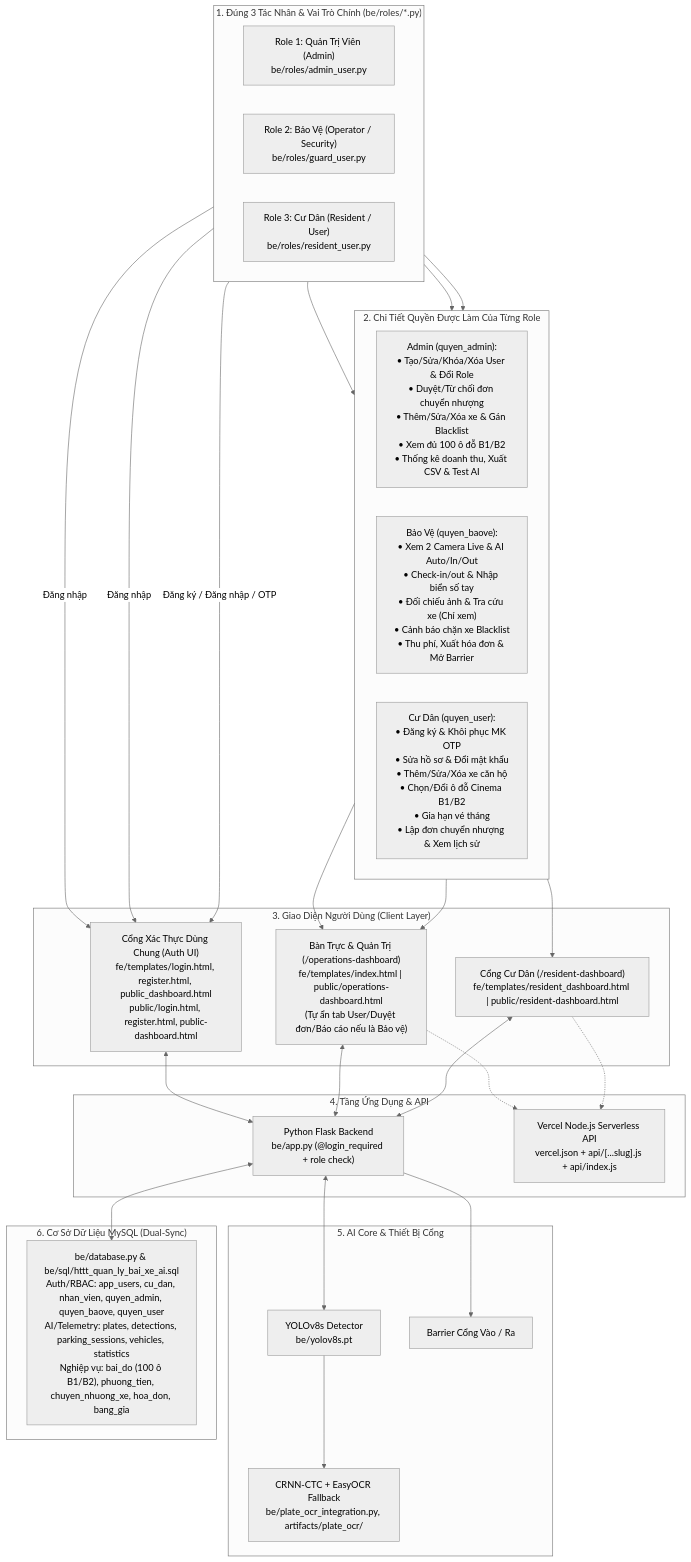
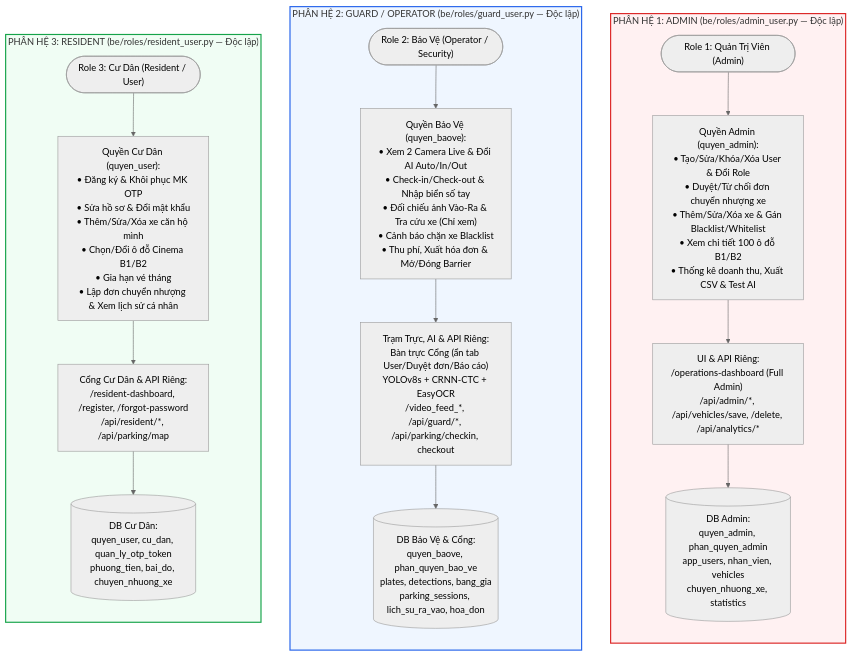
One commit to Truong027/CNPM24 changed the diagram in ongthanquoctruong_24CT2_cnpm/README.md. Above: the diagram before and after it, drawn with Mermaid (neutral theme). The commit also changed other lines of this file and 1 other file, not shown here.

Commit message:
docs: split 3 roles into 3 completely isolated non-overlapping lanes

````diff
--- a/ongthanquoctruong_24CT2_cnpm/README.md
+++ b/ongthanquoctruong_24CT2_cnpm/README.md
@@ -14,55 +14,33 @@
 ```mermaid
 flowchart TB
-    subgraph Users["1. Đúng 3 Tác Nhân & Vai Trò Chính (be/roles/*.py)"]
-        direction LR
-        Admin["Role 1: Quản Trị Viên (Admin)<br/>be/roles/admin_user.py"]
-        Guard["Role 2: Bảo Vệ (Operator / Security)<br/>be/roles/guard_user.py"]
-        Resident["Role 3: Cư Dân (Resident / User)<br/>be/roles/resident_user.py"]
+    subgraph Lane1["PHÂN HỆ 1: ADMIN (be/roles/admin_user.py — Độc lập)"]
+        direction TB
+        A1(["Role 1: Quản Trị Viên (Admin)"])
+        A2["Quyền Admin (quyen_admin):<br/>• Tạo/Sửa/Khóa/Xóa User & Đổi Role<br/>• Duyệt/Từ chối đơn chuyển nhượng xe<br/>• Thêm/Sửa/Xóa xe & Gán Blacklist/Whitelist<br/>• Xem chi tiết 100 ô đỗ B1/B2<br/>• Thống kê doanh thu, Xuất CSV & Test AI"]
+        A3["UI & API Riêng:<br/>/operations-dashboard (Full Admin)<br/>/api/admin/*, /api/vehicles/save, /delete, /api/analytics/*"]
+        A4[("DB Admin:<br/>quyen_admin, phan_quyen_admin<br/>app_users, nhan_vien, vehicles<br/>chuyen_nhuong_xe, statistics")]
+        A1 --> A2 --> A3 --> A4
     end
 
-    subgraph Perms["2. Chi Tiết Quyền Được Làm Của Từng Role"]
-        direction LR
-        P_Adm["Admin (quyen_admin):<br/>• Tạo/Sửa/Khóa/Xóa User & Đổi Role<br/>• Duyệt/Từ chối đơn chuyển nhượng<br/>• Thêm/Sửa/Xóa xe & Gán Blacklist<br/>• Xem đủ 100 ô đỗ B1/B2<br/>• Thống kê doanh thu, Xuất CSV & Test AI"]
-        P_Grd["Bảo Vệ (quyen_baove):<br/>• Xem 2 Camera Live & AI Auto/In/Out<br/>• Check-in/out & Nhập biển số tay<br/>• Đối chiếu ảnh & Tra cứu xe (Chỉ xem)<br/>• Cảnh báo chặn xe Blacklist<br/>• Thu phí, Xuất hóa đơn & Mở Barrier"]
-        P_Res["Cư Dân (quyen_user):<br/>• Đăng ký & Khôi phục MK OTP<br/>• Sửa hồ sơ & Đổi mật khẩu<br/>• Thêm/Sửa/Xóa xe căn hộ<br/>• Chọn/Đổi ô đỗ Cinema B1/B2<br/>• Gia hạn vé tháng<br/>• Lập đơn chuyển nhượng & Xem lịch sử"]
+    subgraph Lane2["PHÂN HỆ 2: GUARD / OPERATOR (be/roles/guard_user.py — Độc lập)"]
+        direction TB
+        G1(["Role 2: Bảo Vệ (Operator / Security)"])
+        G2["Quyền Bảo Vệ (quyen_baove):<br/>• Xem 2 Camera Live & Đổi AI Auto/In/Out<br/>• Check-in/Check-out & Nhập biển số tay<br/>• Đối chiếu ảnh Vào-Ra & Tra cứu xe (Chỉ xem)<br/>• Cảnh báo chặn xe Blacklist<br/>• Thu phí, Xuất hóa đơn & Mở/Đóng Barrier"]
+        G3["Trạm Trực, AI & API Riêng:<br/>Bàn trực Cổng (ẩn tab User/Duyệt đơn/Báo cáo)<br/>YOLOv8s + CRNN-CTC + EasyOCR<br/>/video_feed_*, /api/guard/*, /api/parking/checkin, checkout"]
+        G4[("DB Bảo Vệ & Cổng:<br/>quyen_baove, phan_quyen_bao_ve<br/>plates, detections, bang_gia<br/>parking_sessions, lich_su_ra_vao, hoa_don")]
+        G1 --> G2 --> G3 --> G4
     end
 
-    subgraph Frontend["3. Giao Diện Người Dùng (Client Layer)"]
-        FE_Auth["Cổng Xác Thực Dùng Chung (Auth UI)<br/>fe/templates/login.html, register.html, public_dashboard.html<br/>public/login.html, register.html, public-dashboard.html"]
-        FE_Ops["Bàn Trực & Quản Trị (/operations-dashboard)<br/>fe/templates/index.html | public/operations-dashboard.html<br/>(Tự ẩn tab User/Duyệt đơn/Báo cáo nếu là Bảo vệ)"]
-        FE_Res["Cổng Cư Dân (/resident-dashboard)<br/>fe/templates/resident_dashboard.html | public/resident-dashboard.html"]
+    subgraph Lane3["PHÂN HỆ 3: RESIDENT (be/roles/resident_user.py — Độc lập)"]
+        direction TB
+        R1(["Role 3: Cư Dân (Resident / User)"])
+        R2["Quyền Cư Dân (quyen_user):<br/>• Đăng ký & Khôi phục MK OTP<br/>• Sửa hồ sơ & Đổi mật khẩu<br/>• Thêm/Sửa/Xóa xe căn hộ mình<br/>• Chọn/Đổi ô đỗ Cinema B1/B2<br/>• Gia hạn vé tháng<br/>• Lập đơn chuyển nhượng & Xem lịch sử cá nhân"]
+        R3["Cổng Cư Dân & API Riêng:<br/>/resident-dashboard, /register, /forgot-password<br/>/api/resident/*, /api/parking/map"]
+        R4[("DB Cư Dân:<br/>quyen_user, cu_dan, quan_ly_otp_token<br/>phuong_tien, bai_do, chuyen_nhuong_xe")]
+        R1 --> R2 --> R3 --> R4
     end
 
-    subgraph Backend["4. Tầng Ứng Dụng & API"]
-        Flask["Python Flask Backend<br/>be/app.py (@login_required + role check)"]
-        Vercel["Vercel Node.js Serverless API<br/>vercel.json + api/[...slug].js + api/index.js"]
-    end
-
-    subgraph AI["5. AI Core & Thiết Bị Cổng"]
-        YOLO["YOLOv8s Detector<br/>be/yolov8s.pt"]
-        OCR["CRNN-CTC + EasyOCR Fallback<br/>be/plate_ocr_integration.py, artifacts/plate_ocr/"]
-        Barrier["Barrier Cổng Vào / Ra"]
-    end
-
-    subgraph DB["6. Cơ Sở Dữ Liệu MySQL (Dual-Sync)"]
-        DBCore["be/database.py & be/sql/httt_quan_ly_bai_xe_ai.sql<br/>Auth/RBAC: app_users, cu_dan, nhan_vien, quyen_admin, quyen_baove, quyen_user<br/>AI/Telemetry: plates, detections, parking_sessions, vehicles, statistics<br/>Nghiệp vụ: bai_do (100 ô B1/B2), phuong_tien, chuyen_nhuong_xe, hoa_don, bang_gia"]
-    end
-
-    Admin -->|"Đăng nhập"| FE_Auth
-    Guard -->|"Đăng nhập"| FE_Auth
-    Resident -->|"Đăng ký / Đăng nhập / OTP"| FE_Auth
-
-    Admin --> P_Adm --> FE_Ops
-    Guard --> P_Grd --> FE_Ops
-    Resident --> P_Res --> FE_Res
-
-    FE_Auth <--> Flask
-    FE_Ops <--> Flask
-    FE_Res <--> Flask
-    FE_Ops -.-> Vercel
-    FE_Res -.-> Vercel
-
-    Flask <--> YOLO --> OCR
-    Flask --> Barrier
-    Flask <--> DBCore
+    style Lane1 fill:#fff1f2,stroke:#dc2626,stroke-width:2px
+    style Lane2 fill:#eff6ff,stroke:#2563eb,stroke-width:2px
+    style Lane3 fill:#f0fdf4,stroke:#16a34a,stroke-width:2px
 ```
````
